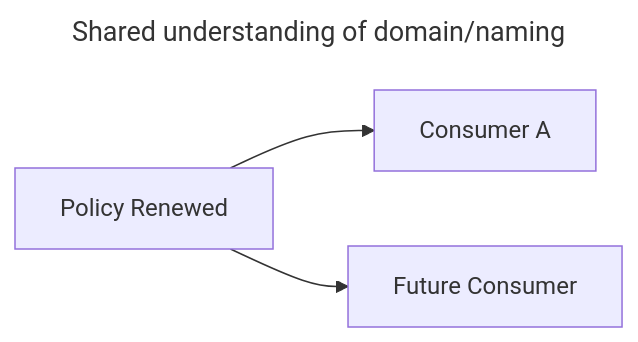
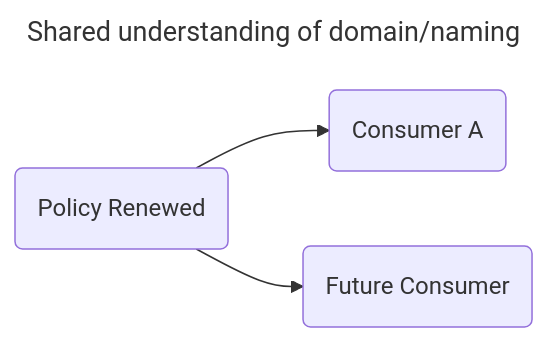
The diagram in README.md (pirocorp/Event-Driven-Architecture), drawn with Mermaid before and after one commit.

````diff
--- a/README.md
+++ b/README.md
@@ -62,11 +62,11 @@
 ```mermaid
 ---
 title: Shared understanding of domain/naming
 ---
 flowchart LR
-    id1[Policy Renewed]
-    id2[Consumer A]
-    id3[Future Consumer]
+    id1(Policy Renewed)
+    id2(Consumer A)
+    id3(Future Consumer)
     id1 --> id2
     id1 --> id3
 ```
````
